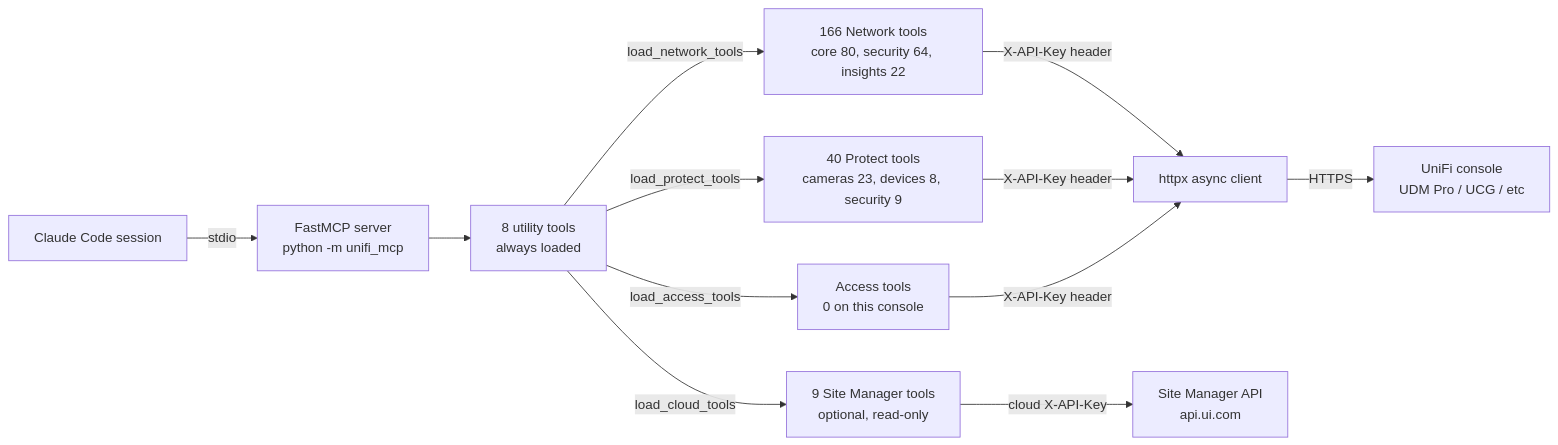
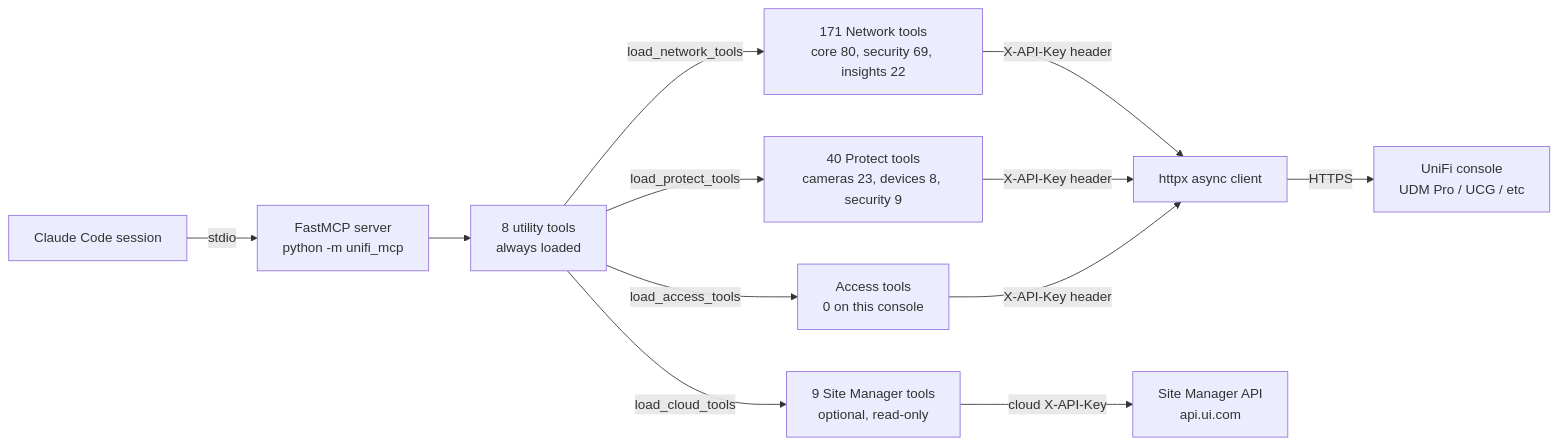
The first of 3 diagrams in README.md (chris2ao/unifi-mcp), drawn with Mermaid before and after one commit. The commit also changed other lines of this file and 7 other files, not shown here.

````diff
--- a/README.md
+++ b/README.md
@@ -178,12 +178,12 @@
 ```mermaid
 flowchart LR
     CC[Claude Code session] -->|stdio| MCP[FastMCP server<br/>python -m unifi_mcp]
     MCP --> UT[8 utility tools<br/>always loaded]
-    UT -->|load_network_tools| NET[166 Network tools<br/>core 80, security 64, insights 22]
+    UT -->|load_network_tools| NET[171 Network tools<br/>core 80, security 69, insights 22]
     UT -->|load_protect_tools| PROT[40 Protect tools<br/>cameras 23, devices 8, security 9]
     UT -->|load_access_tools| ACC[Access tools<br/>0 on this console]
     UT -->|load_cloud_tools| CLD[9 Site Manager tools<br/>optional, read-only]
     NET & PROT & ACC -->|X-API-Key header| HC[httpx async client]
     HC -->|HTTPS| UNIFI[UniFi console<br/>UDM Pro / UCG / etc]
     CLD -->|cloud X-API-Key| CC2[Site Manager API<br/>api.ui.com]
 ```
````
